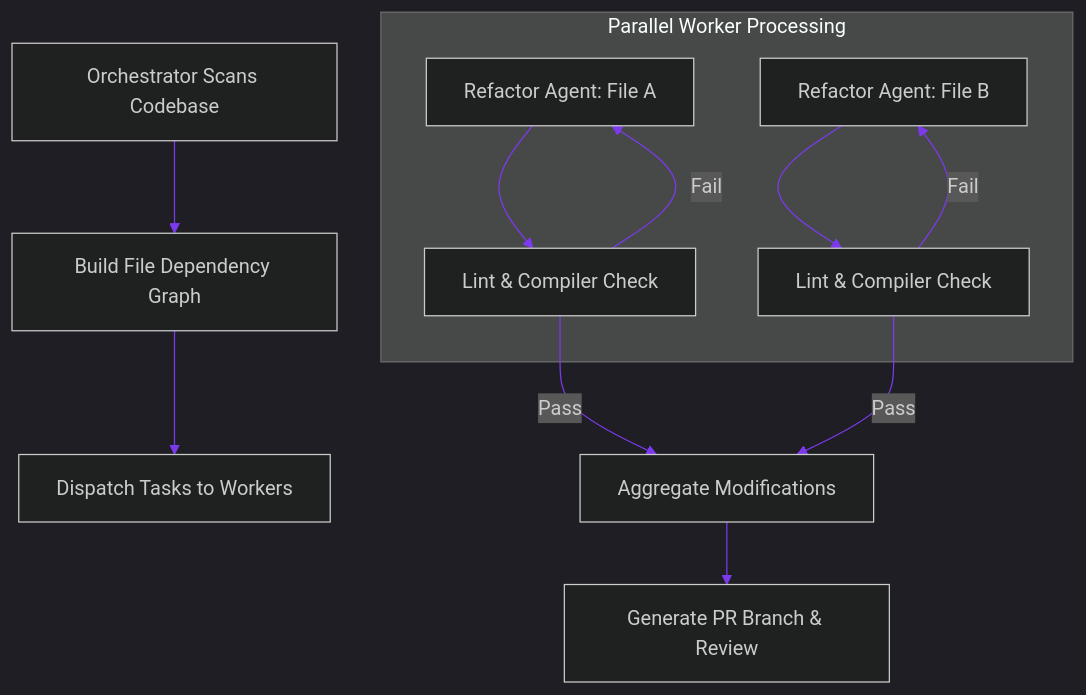
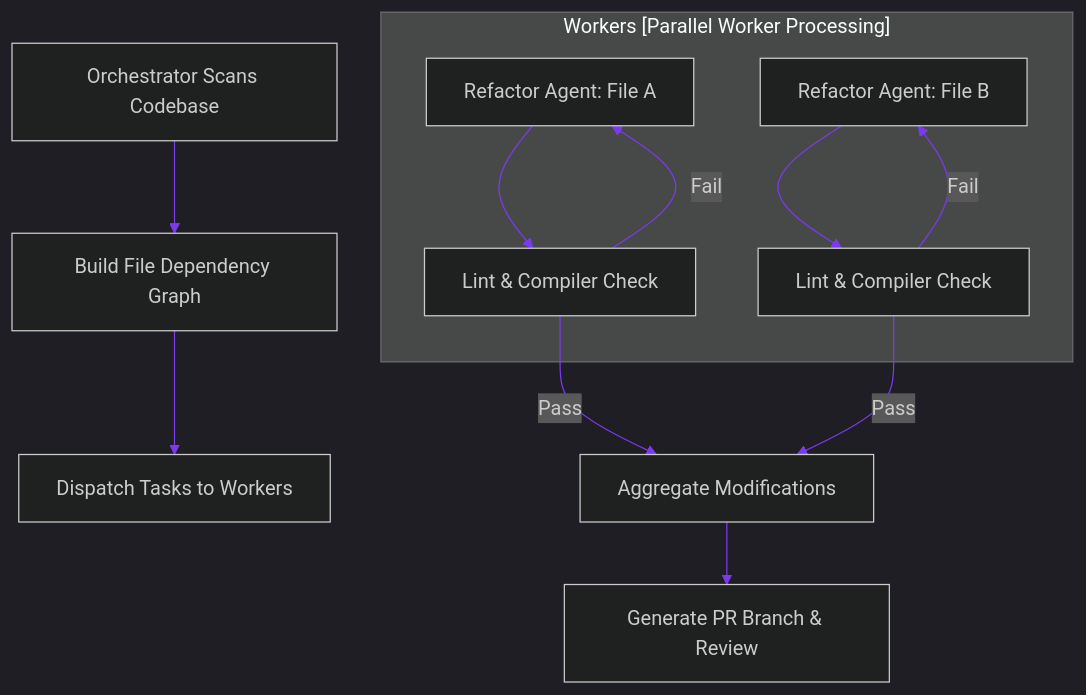
The diagram in blog/posts/agentic-sdlc-refactoring-legacy-migrations.md (akmalkhaniub/akmalkhaniub.github.io), drawn with Mermaid before and after one commit. The commit also changed 600 other files, not shown here.

Commit message:
fix(blog): resolve Mermaid v10 syntax errors across Figure 1 and publication subgraphs

````diff
--- a/blog/posts/agentic-sdlc-refactoring-legacy-migrations.md
+++ b/blog/posts/agentic-sdlc-refactoring-legacy-migrations.md
@@ -29,19 +29,19 @@
 ```mermaid
 %%{init: {'theme': 'dark', 'themeVariables': { 'primaryColor': '#7c3aed', 'primaryTextColor': '#f3f4f6', 'primaryBorderColor': '#a78bfa', 'lineColor': '#7c3aed', 'secondaryColor': '#111827', 'tertiaryColor': '#0b0f19'}}}%%
 flowchart TD
     Scan[Orchestrator Scans Codebase] --> Graph[Build File Dependency Graph]
     Graph --> Dispatch[Dispatch Tasks to Workers]
     
-    subgraph Workers [Parallel Worker Processing]
+    subgraph SG1_WorkersParallelWorker ["Workers [Parallel Worker Processing]"]
         W1[Refactor Agent: File A] --> L1[Lint & Compiler Check]
         W2[Refactor Agent: File B] --> L2[Lint & Compiler Check]
     end
     
     L1 -->|Fail| W1
     L2 -->|Fail| W2
     
     L1 -->|Pass| Merge[Aggregate Modifications]
     L2 -->|Pass| Merge
     
     Merge --> PR[Generate PR Branch & Review]
 ```
````
